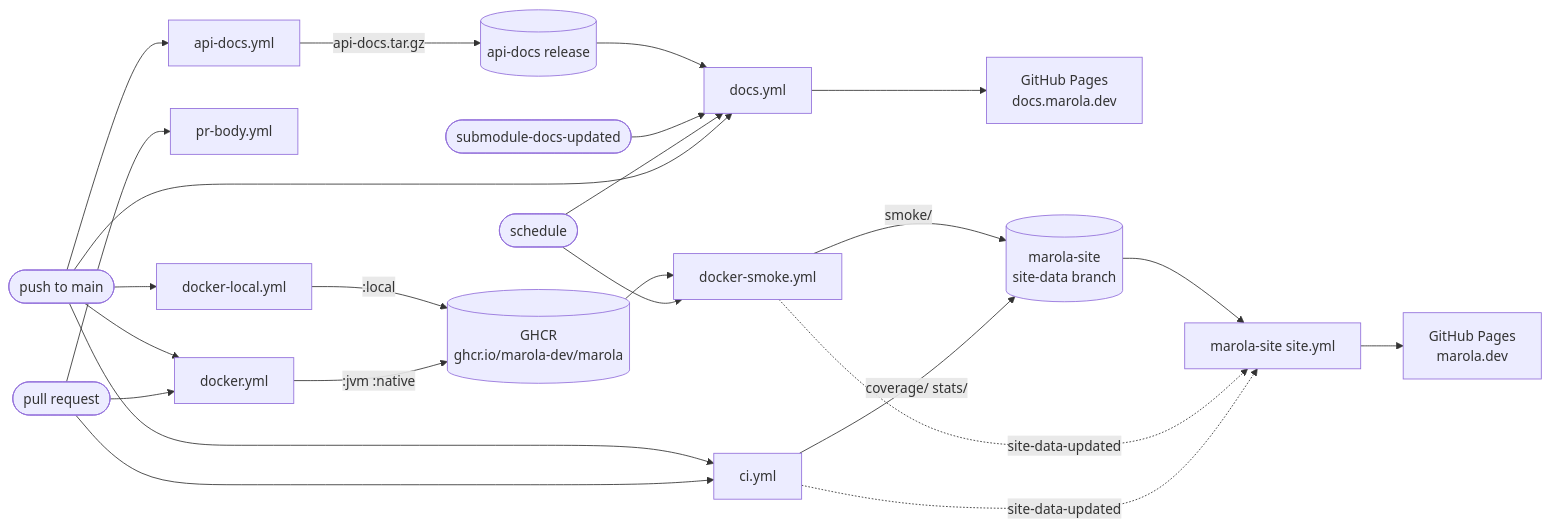
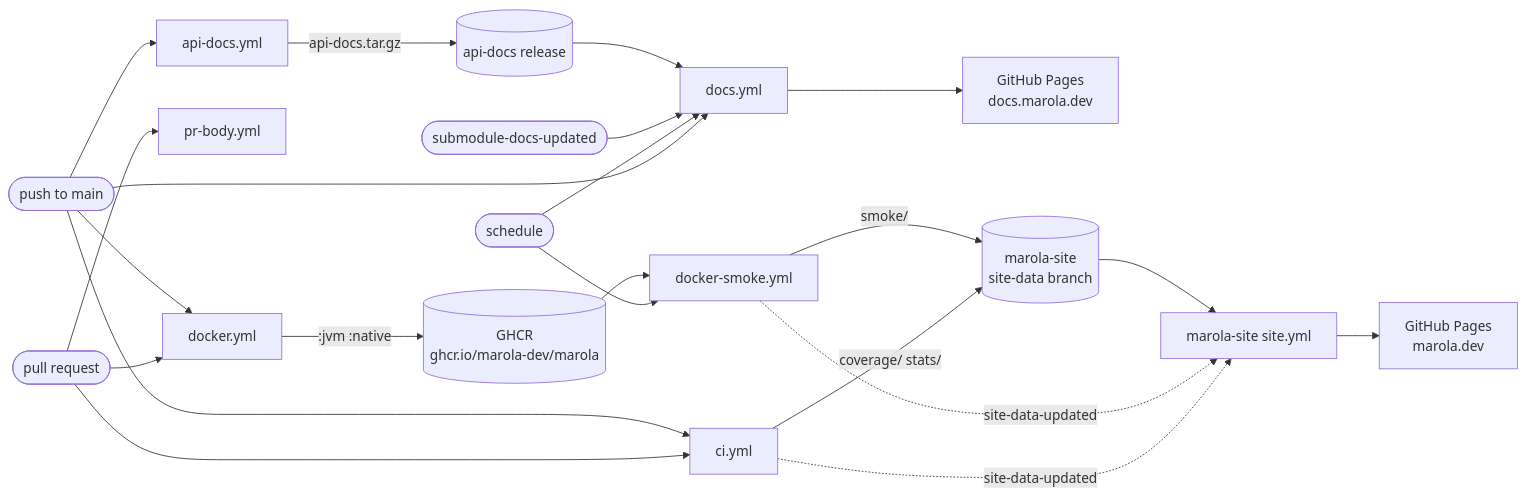
The first of 2 diagrams in docs/3-Working-on-the-repo/CI-CD.md (marola-dev/marola), drawn with Mermaid before and after one commit. The commit also changed other lines of this file and 11 other files, not shown here.

````diff
--- a/docs/3-Working-on-the-repo/CI-CD.md
+++ b/docs/3-Working-on-the-repo/CI-CD.md
@@ -13,26 +14,24 @@
 ```mermaid
 flowchart LR
   pr([pull request]) --> ci[ci.yml]
   pr --> dk[docker.yml]
   pr --> body[pr-body.yml]
   main([push to main]) --> ci
   main --> api[api-docs.yml]
   main --> dk
-  main --> dl[docker-local.yml]
   main --> docs[docs.yml]
   cron([schedule]) --> docs
   cron --> smoke[docker-smoke.yml]
   sub([submodule-docs-updated]) --> docs
   dk -- ":jvm :native" --> ghcr[(GHCR<br/>ghcr.io/marola-dev/marola)]
-  dl -- ":local" --> ghcr
   ghcr --> smoke
   api -- "api-docs.tar.gz" --> rel[(api-docs release)]
   rel --> docs
   docs --> dpages[GitHub Pages<br/>docs.marola.dev]
   ci -- "coverage/ stats/" --> sd[(marola-site<br/>site-data branch)]
   smoke -- "smoke/" --> sd
   ci -. site-data-updated .-> site[marola-site site.yml]
   smoke -. site-data-updated .-> site
   sd --> site
   site --> pages[GitHub Pages<br/>marola.dev]
 ```
````
